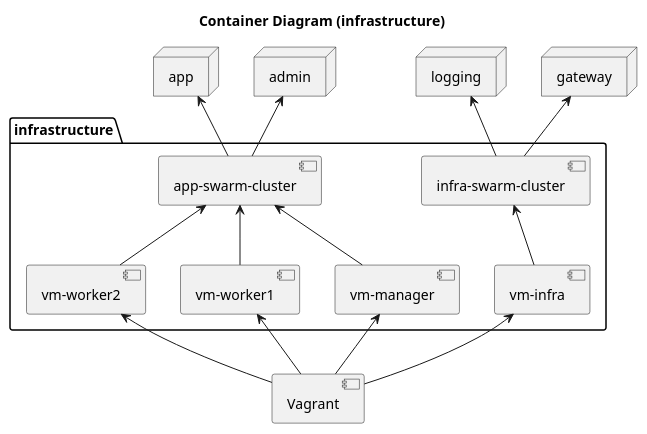
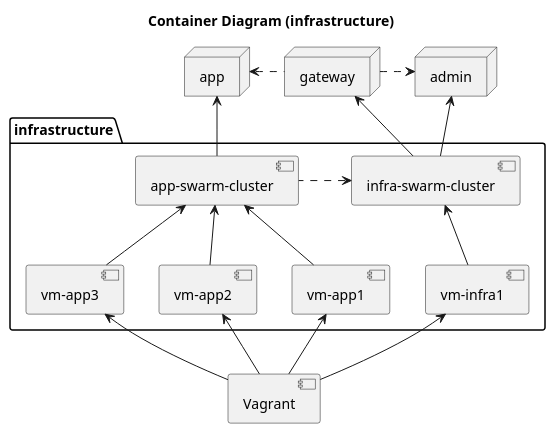
Before and after one commit to jamro/oversort: the diagram in docs/diagrams/container_infrastructure.puml, drawn with PlantUML. The commit also changed 7 other files, not shown here.

Commit message:
describe architecture

```diff
--- a/docs/diagrams/container_infrastructure.puml
+++ b/docs/diagrams/container_infrastructure.puml
@@ -1,35 +1,37 @@
 @startuml
 
 title Container Diagram (infrastructure)
 
 node app
 node admin
-node logging
 node gateway
 
 package "infrastructure" {
   [infra-swarm-cluster]
   [app-swarm-cluster]
-  [vm-infra]
-  [vm-manager]
-  [vm-worker1]
-  [vm-worker2]
+  [vm-infra1]
+  [vm-app1]
+  [vm-app2]
+  [vm-app3]
 }
 
 app <-- [app-swarm-cluster]
-admin <-- [app-swarm-cluster]
 
-logging <-- [infra-swarm-cluster]
+admin <-- [infra-swarm-cluster]
 gateway <-- [infra-swarm-cluster]
 
-[vm-infra] -up-> [infra-swarm-cluster]
-[vm-manager] -up-> [app-swarm-cluster]
-[vm-worker1] -up-> [app-swarm-cluster]
-[vm-worker2] -up-> [app-swarm-cluster]
+gateway .left.> app
+gateway .right.> admin
+[infra-swarm-cluster] <.right. [app-swarm-cluster]
 
-[Vagrant] -up-> [vm-infra]
-[Vagrant] -up-> [vm-manager]
-[Vagrant] -up-> [vm-worker1]
-[Vagrant] -up-> [vm-worker2]
+[vm-infra1] -up-> [infra-swarm-cluster]
+[vm-app1] -up-> [app-swarm-cluster]
+[vm-app2] -up-> [app-swarm-cluster]
+[vm-app3] -up-> [app-swarm-cluster]
+
+[Vagrant] -up-> [vm-infra1]
+[Vagrant] -up-> [vm-app1]
+[Vagrant] -up-> [vm-app2]
+[Vagrant] -up-> [vm-app3]
 
 @enduml
```
